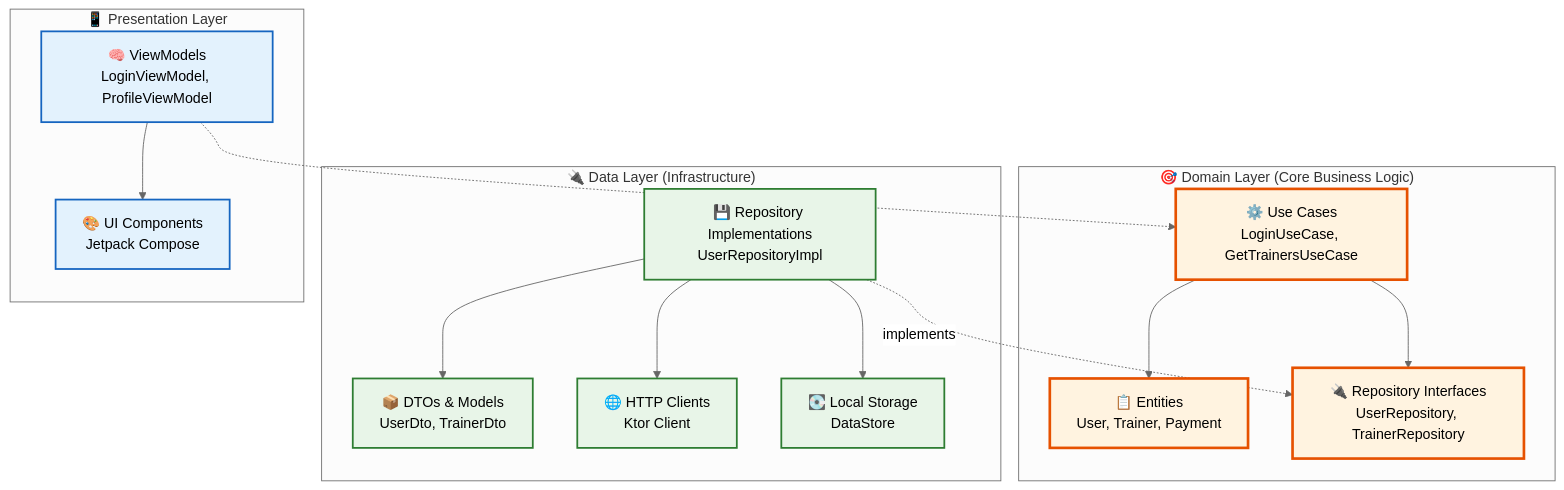
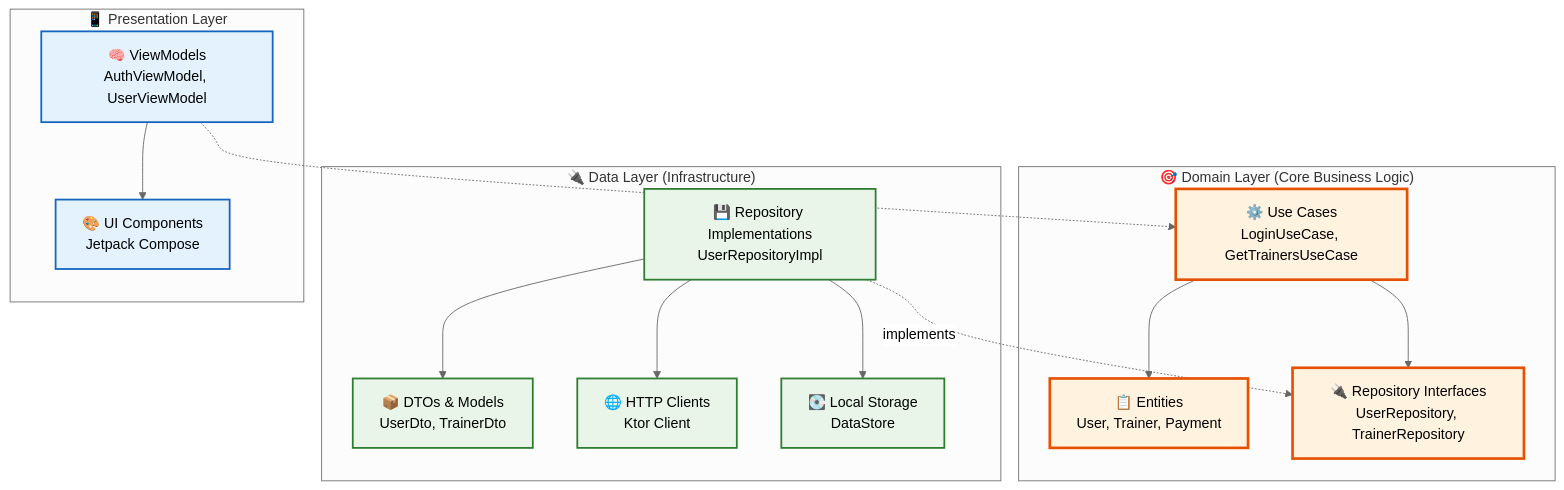
The second of 5 diagrams in README.md (asobrados03/HumanPerformMobileApp), drawn with Mermaid (neutral theme) before and after one commit. The commit also changed other lines of this file, not shown here.

````diff
--- a/README.md
+++ b/README.md
@@ -138,40 +125,40 @@
 ```mermaid
 graph TD
     subgraph "🎯 Domain Layer (Core Business Logic)"
         ENT[📋 Entities<br/>User, Trainer, Payment]
         UC2[⚙️ Use Cases<br/>LoginUseCase, GetTrainersUseCase]
         REPO2[🔌 Repository Interfaces<br/>UserRepository, TrainerRepository]
         
         UC2 --> ENT
         UC2 --> REPO2
     end
     
     subgraph "🔌 Data Layer (Infrastructure)"
         REPO_IMPL[💾 Repository Implementations<br/>UserRepositoryImpl]
         DTO[📦 DTOs & Models<br/>UserDto, TrainerDto]
         CLIENT[🌐 HTTP Clients<br/>Ktor Client]
         CACHE[💽 Local Storage<br/>DataStore]
         
         REPO_IMPL --> DTO
         REPO_IMPL --> CLIENT
         REPO_IMPL --> CACHE
     end
     
     subgraph "📱 Presentation Layer"
-        VM2[🧠 ViewModels<br/>LoginViewModel, ProfileViewModel]
+        VM2[🧠 ViewModels<br/>AuthViewModel, UserViewModel]
         UI2[🎨 UI Components<br/>Jetpack Compose]
         
         VM2 --> UI2
     end
     
     VM2 -.-> UC2
     REPO_IMPL -.->|implements| REPO2
     
     classDef domainLayer fill:#fff3e0,stroke:#e65100,stroke-width:3px
     classDef dataLayer fill:#e8f5e8,stroke:#2e7d32,stroke-width:2px
     classDef presentationLayer fill:#e3f2fd,stroke:#1565c0,stroke-width:2px
     
     class ENT,UC2,REPO2 domainLayer
     class REPO_IMPL,DTO,CLIENT,CACHE dataLayer
     class VM2,UI2 presentationLayer
 ```
````
